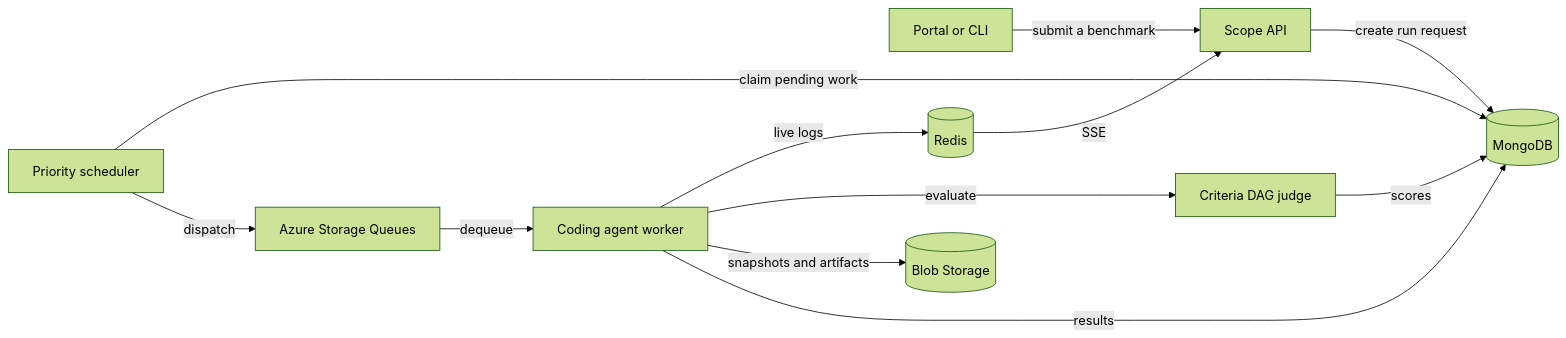
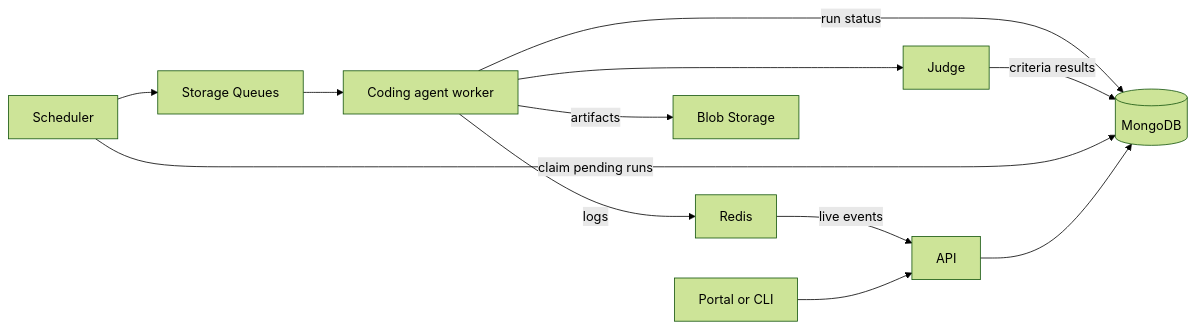
One commit to Gile987/scope changed the diagram in README.md. Above: the diagram before and after it, drawn with Mermaid (forest theme). The commit also changed other lines of this file and 1 other file, not shown here.

````diff
--- a/README.md
+++ b/README.md
@@ -69,14 +51,14 @@
 ```mermaid
 flowchart LR
-    User["Portal or CLI"] -->|submit a benchmark| API["Scope API"]
-    API -->|create run request| DB[("MongoDB")]
-    Scheduler["Priority scheduler"] -->|claim pending work| DB
-    Scheduler -->|dispatch| Queue["Azure Storage Queues"]
-    Queue -->|dequeue| Worker["Coding agent worker"]
-    Worker -->|live logs| Redis[("Redis")]
-    Redis -->|SSE| API
-    Worker -->|evaluate| Judge["Criteria DAG judge"]
-    Judge -->|scores| DB
-    Worker -->|snapshots and artifacts| Blob[("Blob Storage")]
-    Worker -->|results| DB
+    Client["Portal or CLI"] --> API["API"]
+    API --> DB[("MongoDB")]
+    Scheduler["Scheduler"] -->|claim pending runs| DB
+    Scheduler --> Queue["Storage Queues"]
+    Queue --> Worker["Coding agent worker"]
+    Worker --> Judge["Judge"]
+    Judge -->|criteria results| DB
+    Worker -->|logs| Redis["Redis"]
+    Redis -->|live events| API
+    Worker -->|artifacts| Blob["Blob Storage"]
+    Worker -->|run status| DB
 ```
````
